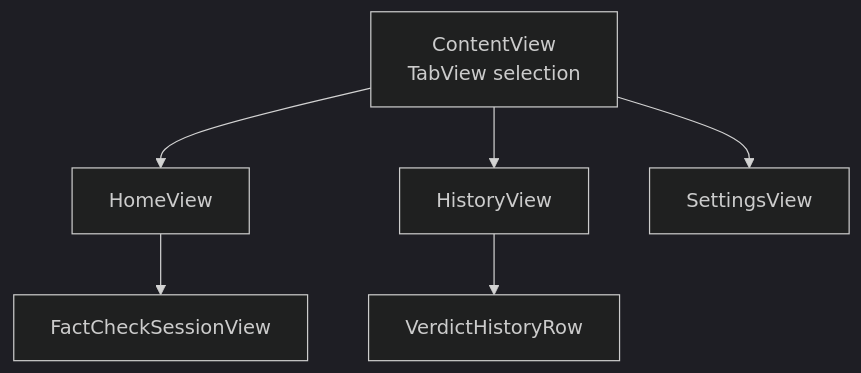
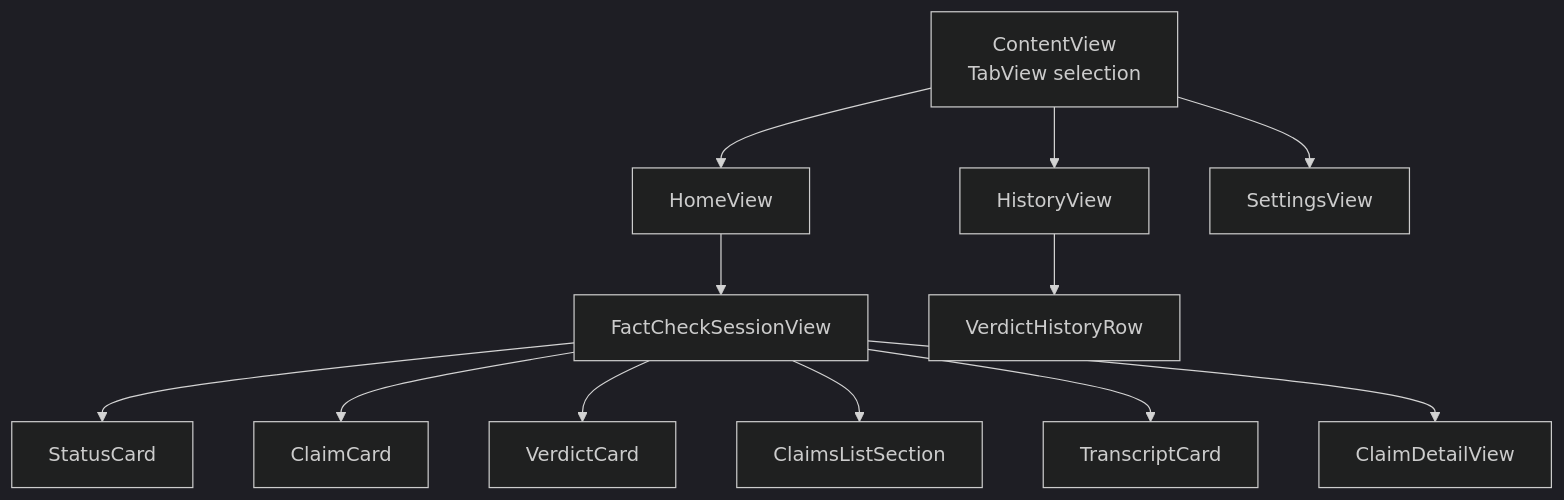
Before and after one commit to alexandreybasta-cyber/factshield-ios: the first of 10 diagrams in .qoder/repowiki/en/content/UI Components and Views/UI Components and Views.md, drawn with Mermaid (dark theme). The commit also changed other lines of this file and 97 other files, not shown here.

````diff
--- a/.qoder/repowiki/en/content/UI Components and Views/UI Components and Views.md
+++ b/.qoder/repowiki/en/content/UI Components and Views/UI Components and Views.md
@@ -41,8 +50,14 @@
 ```mermaid
 graph TB
 ContentView["ContentView<br/>TabView selection"] --> HomeView["HomeView"]
 ContentView --> HistoryView["HistoryView"]
 ContentView --> SettingsView["SettingsView"]
 HomeView --> FactCheckSessionView["FactCheckSessionView"]
 HistoryView --> VerdictHistoryRow["VerdictHistoryRow"]
+FactCheckSessionView --> StatusCard["StatusCard"]
+FactCheckSessionView --> ClaimCard["ClaimCard"]
+FactCheckSessionView --> VerdictCard["VerdictCard"]
+FactCheckSessionView --> ClaimsListSection["ClaimsListSection"]
+FactCheckSessionView --> TranscriptCard["TranscriptCard"]
+FactCheckSessionView --> ClaimDetailView["ClaimDetailView"]
 ```
````
